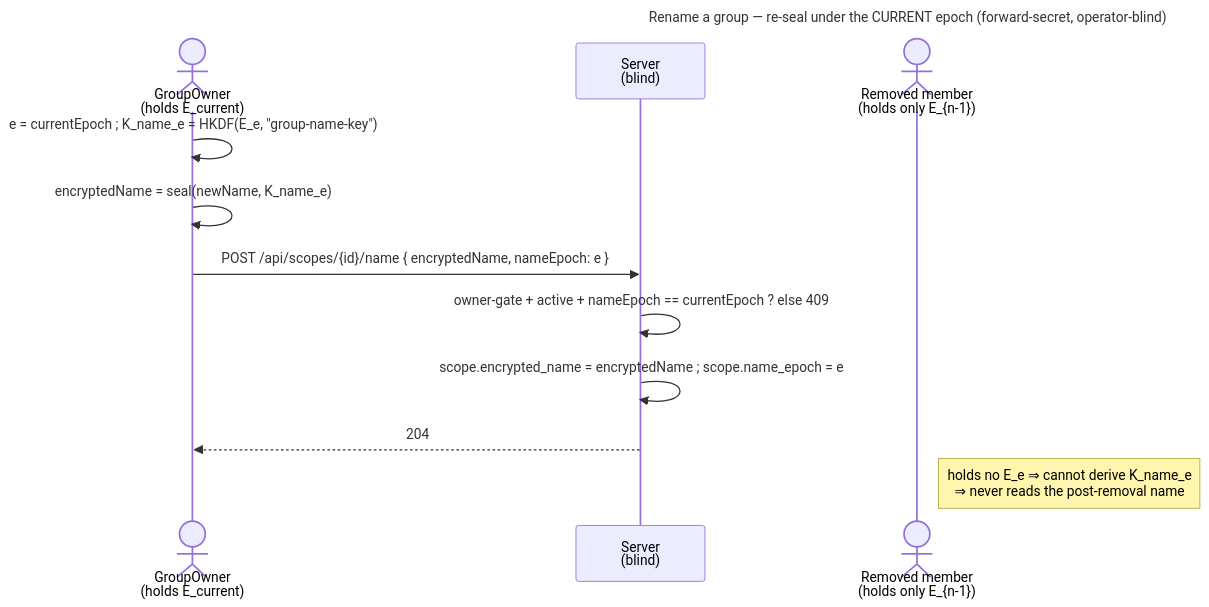
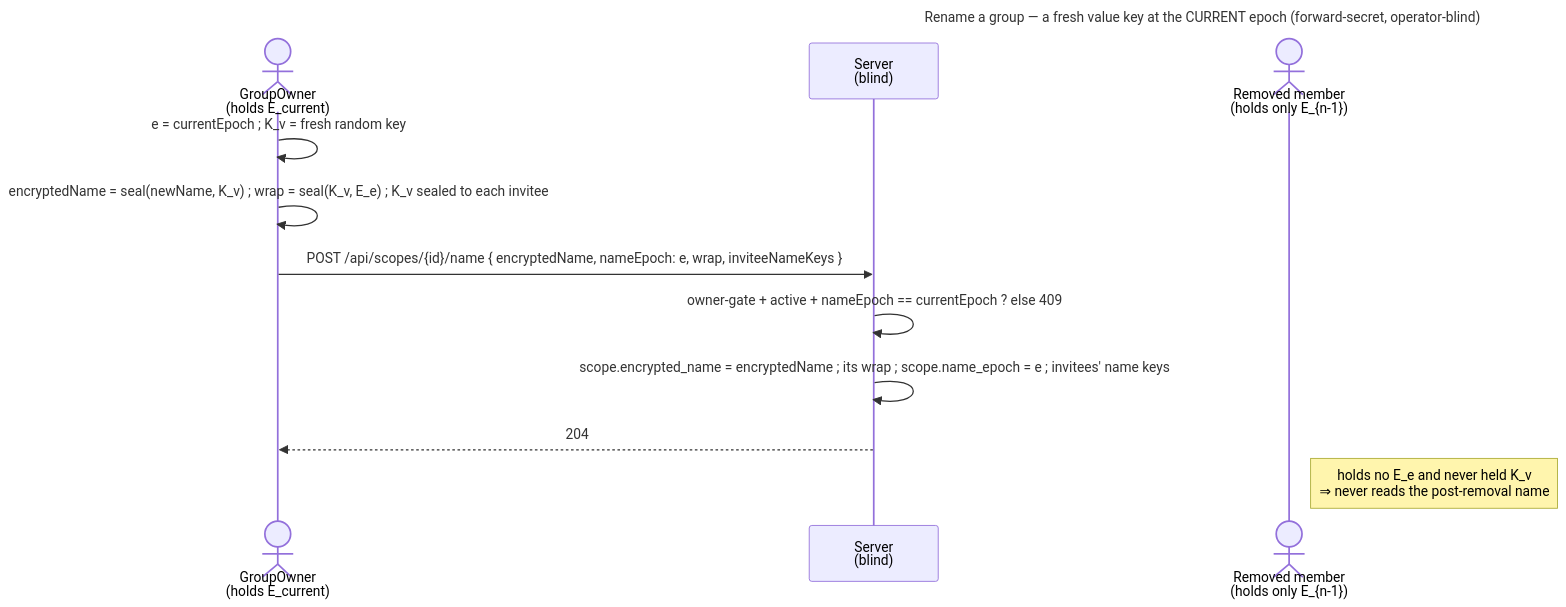
The diagram in docs/features/spaces/use-cases/uc.spaces.rename-group.md (raddatzk/veyq), drawn with Mermaid before and after one commit. The commit also changed other lines of this file and 31 other files, not shown here.

First line of the commit message:
docs: a rotation re-wraps the keys of values, never the values (ADR 0115)

````diff
--- a/docs/features/spaces/use-cases/uc.spaces.rename-group.md
+++ b/docs/features/spaces/use-cases/uc.spaces.rename-group.md
@@ -40,16 +49,16 @@
 ```mermaid
 ---
-title: Rename a group — re-seal under the CURRENT epoch (forward-secret, operator-blind)
+title: Rename a group — a fresh value key at the CURRENT epoch (forward-secret, operator-blind)
 ---
 sequenceDiagram
   actor O as GroupOwner<br>(holds E_current)
   participant S as Server<br>(blind)
   actor R as Removed member<br>(holds only E_{n-1})
-  O->>O: e = currentEpoch #59; K_name_e = HKDF(E_e, "group-name-key")
-  O->>O: encryptedName = seal(newName, K_name_e)
-  O->>S: POST /api/scopes/{id}/name { encryptedName, nameEpoch: e }
+  O->>O: e = currentEpoch #59; K_v = fresh random key
+  O->>O: encryptedName = seal(newName, K_v) #59; wrap = seal(K_v, E_e) #59; K_v sealed to each invitee
+  O->>S: POST /api/scopes/{id}/name { encryptedName, nameEpoch: e, wrap, inviteeNameKeys }
   S->>S: owner-gate + active + nameEpoch == currentEpoch ? else 409
-  S->>S: scope.encrypted_name = encryptedName #59; scope.name_epoch = e
+  S->>S: scope.encrypted_name = encryptedName #59; its wrap #59; scope.name_epoch = e #59; invitees' name keys
   S-->>O: 204
-  Note right of R: holds no E_e ⇒ cannot derive K_name_e<br>⇒ never reads the post-removal name
+  Note right of R: holds no E_e and never held K_v<br>⇒ never reads the post-removal name
 ```
````
